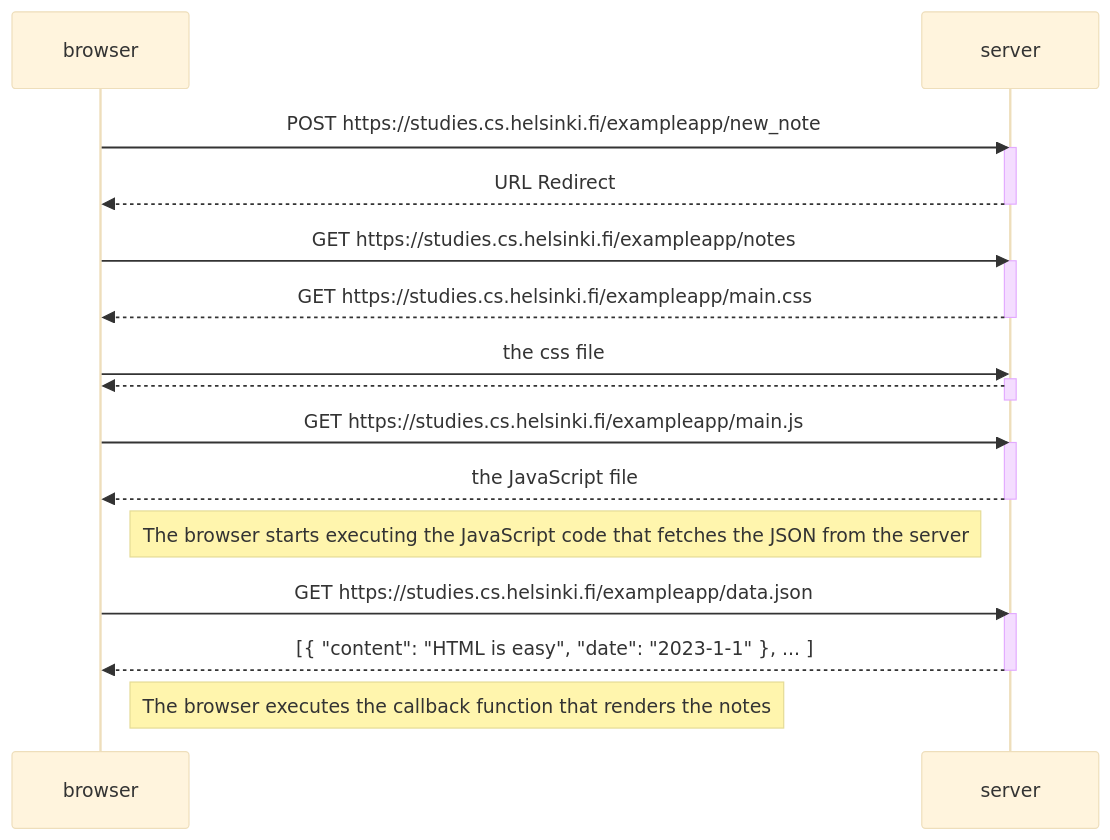
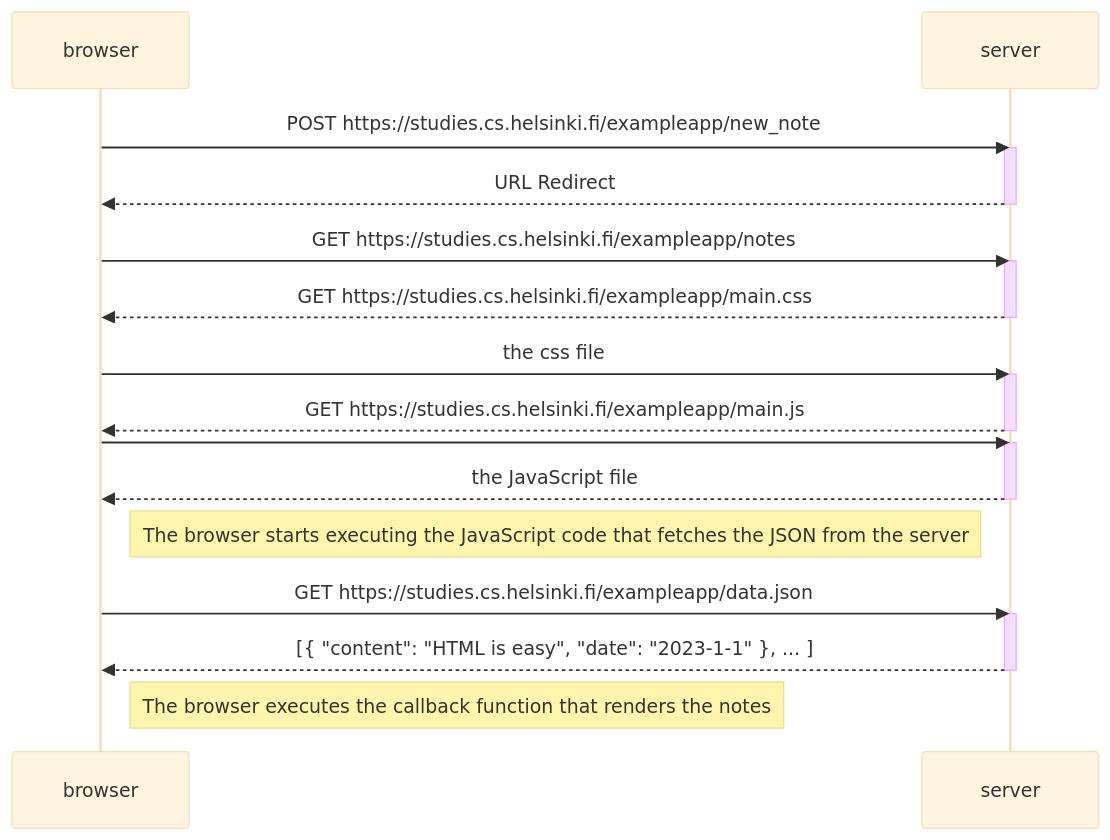
Before and after one commit to ConradPB/Exercises: the diagram in part0/exercise4.md, drawn with Mermaid (base theme).

````diff
--- a/part0/exercise4.md
+++ b/part0/exercise4.md
@@ -4,35 +4,35 @@
 ```mermaid
 
 sequenceDiagram
     participant browser
     participant server
 
     browser->>server: POST https://studies.cs.helsinki.fi/exampleapp/new_note
     activate server
     server-->>browser: URL Redirect
     deactivate server
 
     browser->>server: GET https://studies.cs.helsinki.fi/exampleapp/notes
     activate server
     server-->>browser: GET https://studies.cs.helsinki.fi/exampleapp/main.css
     deactivate server
 
     browser->>server: the css file
     activate server
-    server-->>browser: 
+    server-->>browser: GET https://studies.cs.helsinki.fi/exampleapp/main.js
     deactivate server
 
-    browser->>server: GET https://studies.cs.helsinki.fi/exampleapp/main.js
+    browser->>server: 
     activate server
     server-->>browser: the JavaScript file
     deactivate server
 
     Note right of browser: The browser starts executing the JavaScript code that fetches the JSON from the server
 
     browser->>server: GET https://studies.cs.helsinki.fi/exampleapp/data.json
     activate server
     server-->>browser: [{ "content": "HTML is easy", "date": "2023-1-1" }, ... ]
     deactivate server
 
     Note right of browser: The browser executes the callback function that renders the notes
 ```
````
